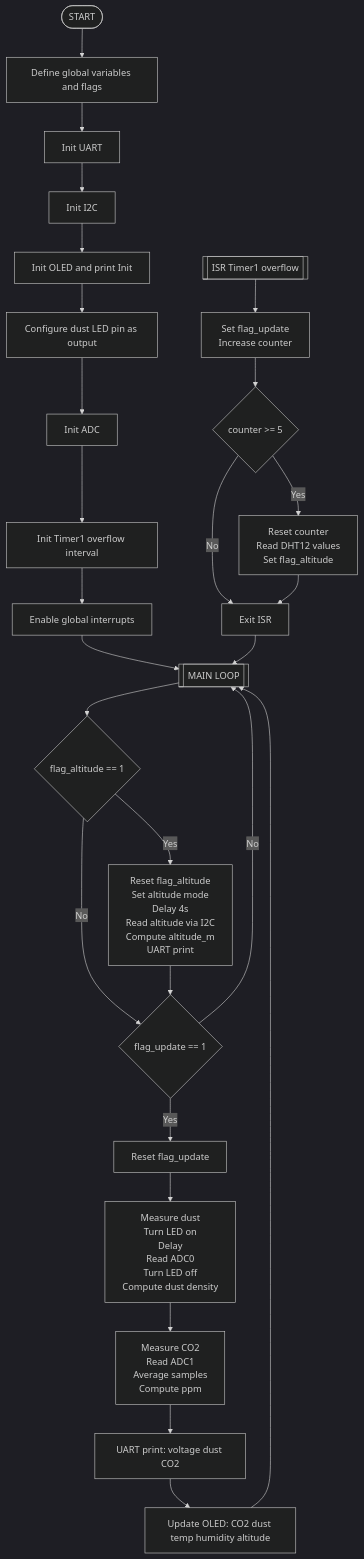
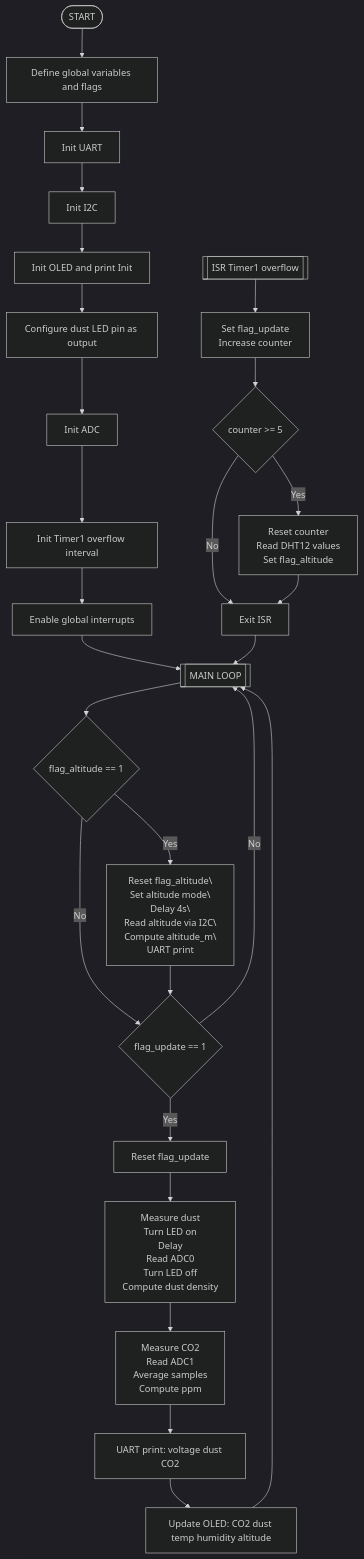
One commit to empirical7/de2_project changed the diagram in README.md. Above: the diagram before and after it, drawn with Mermaid (dark theme).

````diff
--- a/README.md
+++ b/README.md
@@ -47,37 +47,37 @@
 ```mermaid
 flowchart TD
 
     A([START]) --> B[Define global variables and flags]
     B --> C[Init UART]
     C --> D[Init I2C]
     D --> E[Init OLED and print Init]
     E --> F[Configure dust LED pin as output]
     F --> G[Init ADC]
     G --> H[Init Timer1 overflow interval]
     H --> I[Enable global interrupts]
     I --> J[[MAIN LOOP]]
 
     %% Main loop
     J --> K{flag_altitude == 1}
-    K -- Yes --> L[Reset flag_altitude\nSet altitude mode\nDelay 4s\nRead altitude via I2C\nCompute altitude_m\nUART print]
+    K -- Yes --> L[Reset flag_altitude\\nSet altitude mode\\nDelay 4s\\nRead altitude via I2C\\nCompute altitude_m\\nUART print]
     K -- No --> M{flag_update == 1}
 
     L --> M
 
     M -- Yes --> N[Reset flag_update]
     N --> O[Measure dust\nTurn LED on\nDelay\nRead ADC0\nTurn LED off\nCompute dust density]
     O --> P[Measure CO2\nRead ADC1\nAverage samples\nCompute ppm]
     P --> Q[UART print: voltage dust CO2]
     Q --> R[Update OLED: CO2 dust temp humidity altitude]
     R --> J
 
     M -- No --> J
 
     %% Timer1 ISR
     S[[ISR Timer1 overflow]] --> T[Set flag_update\nIncrease counter]
     T --> U{counter >= 5}
     U -- No --> V[Exit ISR] --> J
     U -- Yes --> W[Reset counter\nRead DHT12 values\nSet flag_altitude]
     W --> V
 
 ```
````
